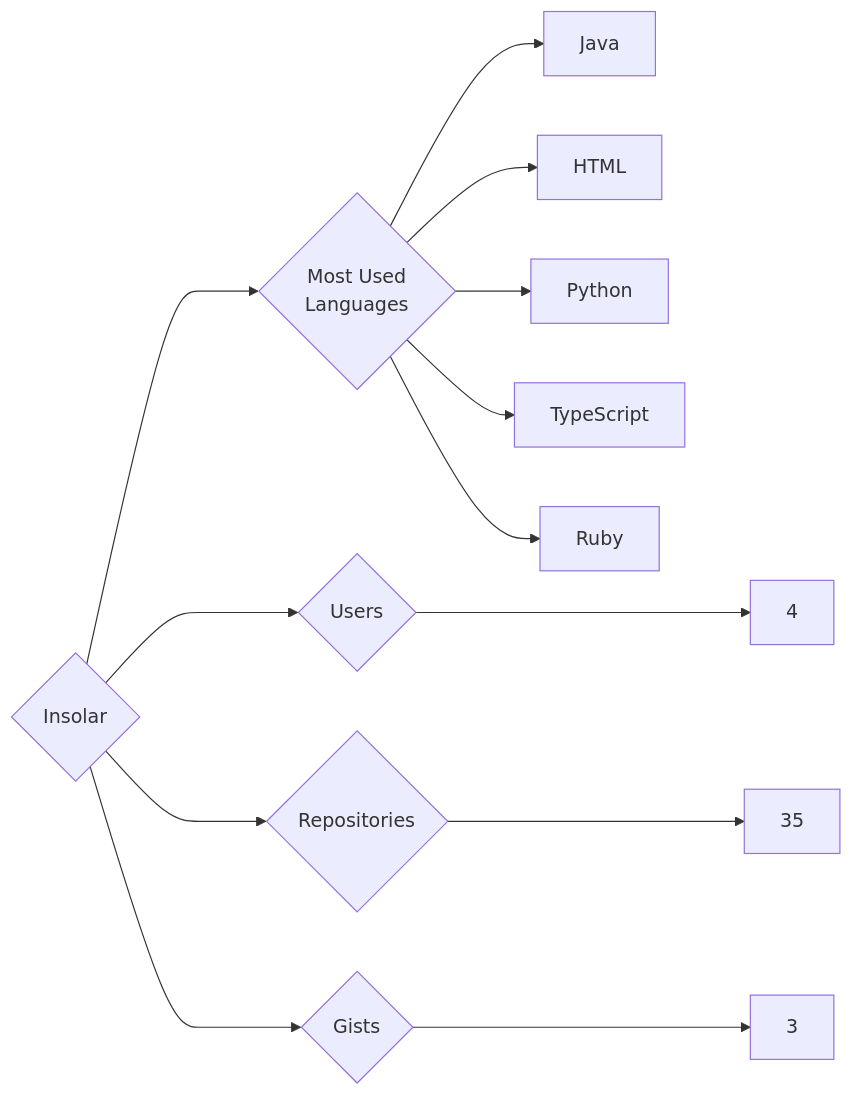
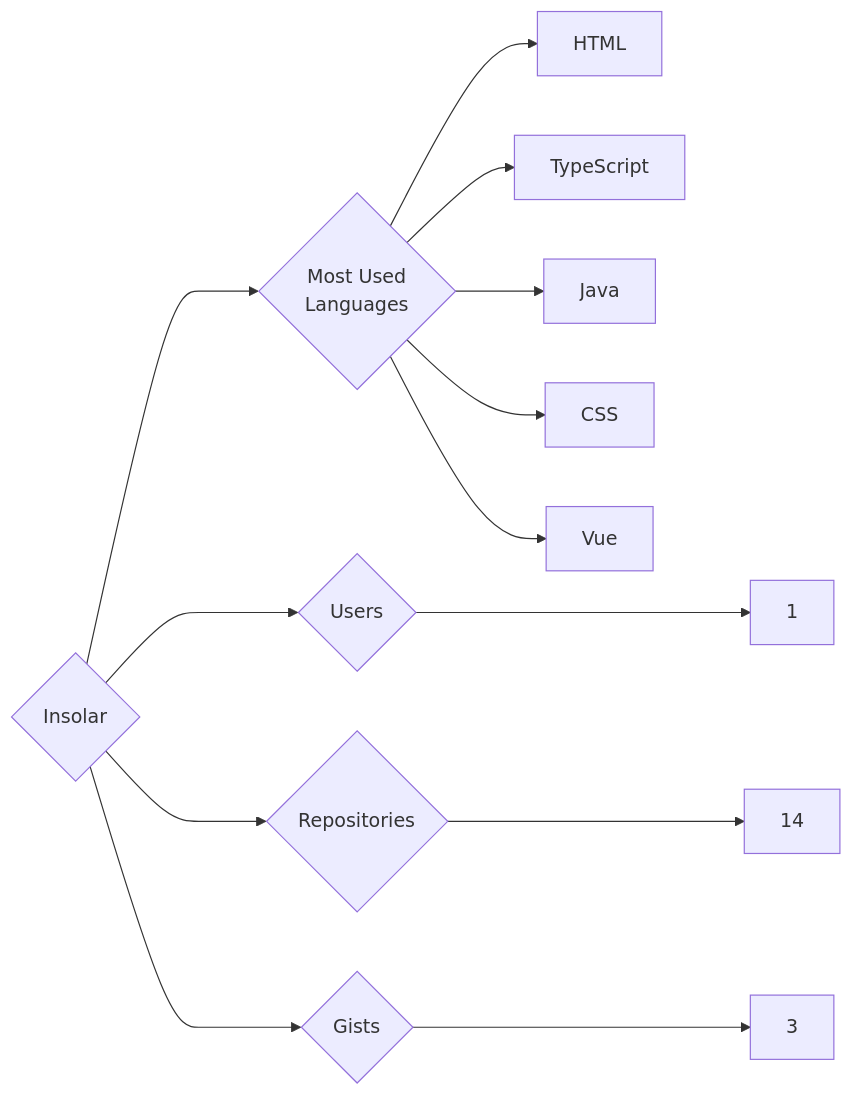
One commit to trickest/insiders changed the diagram in targets/Insolar/README.md. Above: the diagram before and after it, drawn with Mermaid. The commit also changed 873 other files, not shown here.

````diff
--- a/targets/Insolar/README.md
+++ b/targets/Insolar/README.md
@@ -3,13 +3,13 @@
 ```mermaid
 graph LR
 COMPANY_NAME{Insolar}
-COMPANY_NAME ---> U{Users} ---> UN[4]
-COMPANY_NAME ---> R{Repositories} ---> RN[35]
+COMPANY_NAME ---> U{Users} ---> UN[1]
+COMPANY_NAME ---> R{Repositories} ---> RN[14]
 COMPANY_NAME ---> G{Gists} ---> GN[3]
 COMPANY_NAME ---> ML{Most Used<br>Languages}
+ML --> HTML[HTML]
+ML --> TypeScript[TypeScript]
 ML --> Java[Java]
-ML --> HTML[HTML]
-ML --> Python[Python]
-ML --> TypeScript[TypeScript]
-ML --> Ruby[Ruby]
+ML --> CSS[CSS]
+ML --> Vue[Vue]
 ```
````
